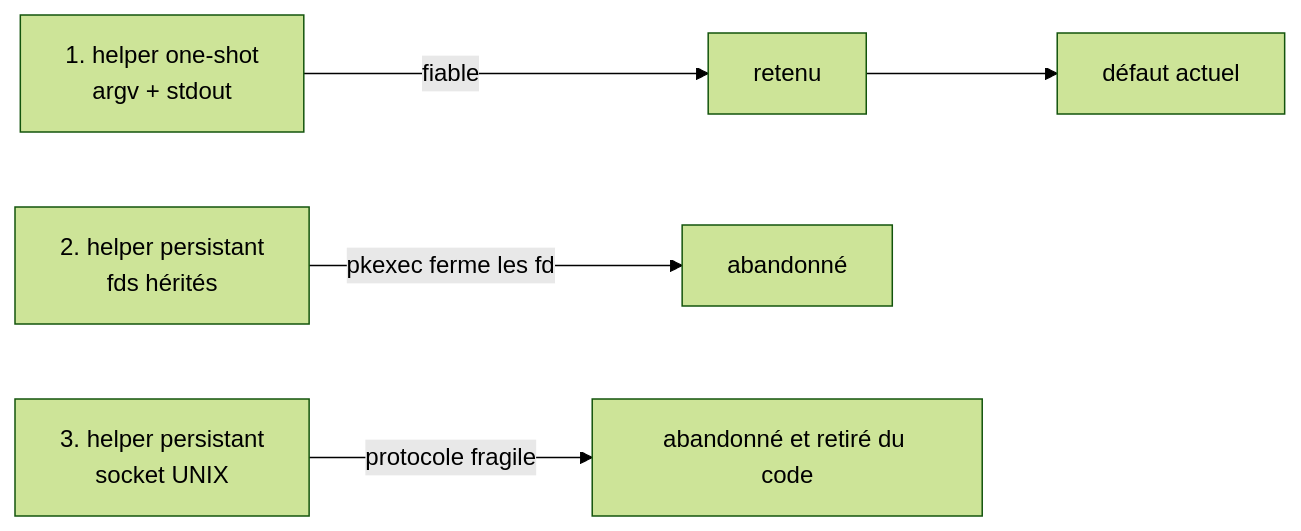
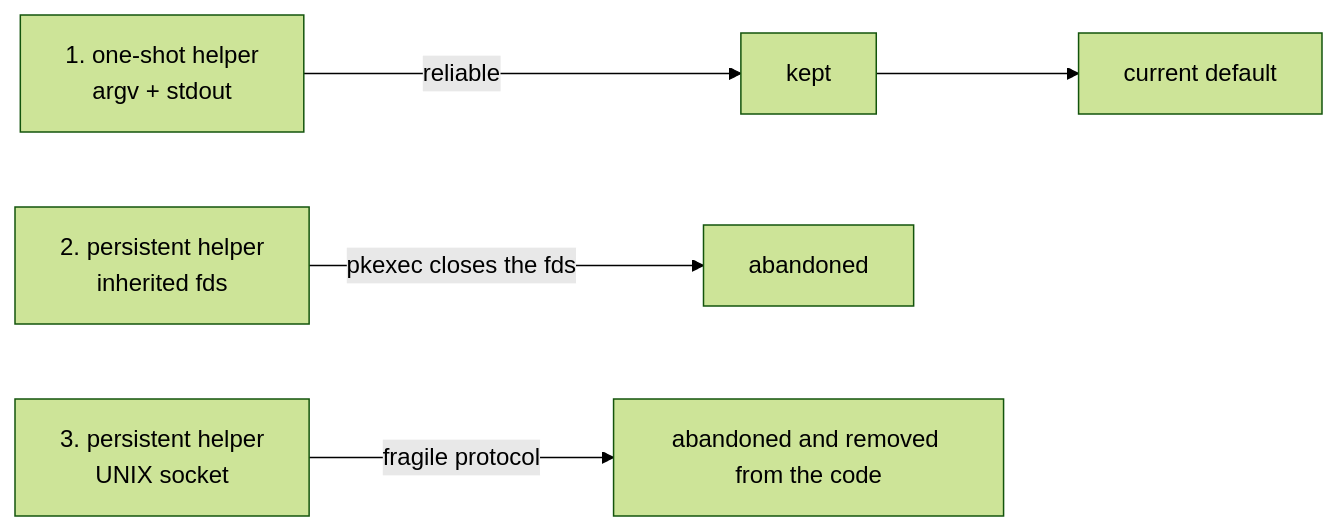
Before and after one commit to zx97/etherape2026: the third of 3 diagrams in docs/PORTING.md, drawn with Mermaid (forest theme). The commit also changed other lines of this file and 14 other files, not shown here.

````diff
--- a/docs/PORTING.md
+++ b/docs/PORTING.md
@@ -113,7 +111,7 @@
 ```mermaid
 flowchart LR
-    A[1. helper one-shot<br/>argv + stdout] -->|fiable| A1[retenu]
-    B[2. helper persistant<br/>fds hérités] -->|pkexec ferme les fd| B1[abandonné]
-    C[3. helper persistant<br/>socket UNIX] -->|protocole fragile| C1[abandonné et retiré du code]
-    A1 --> D[défaut actuel]
+    A[1. one-shot helper<br/>argv + stdout] -->|reliable| A1[kept]
+    B[2. persistent helper<br/>inherited fds] -->|pkexec closes the fds| B1[abandoned]
+    C[3. persistent helper<br/>UNIX socket] -->|fragile protocol| C1[abandoned and removed from the code]
+    A1 --> D[current default]
 ```
````
